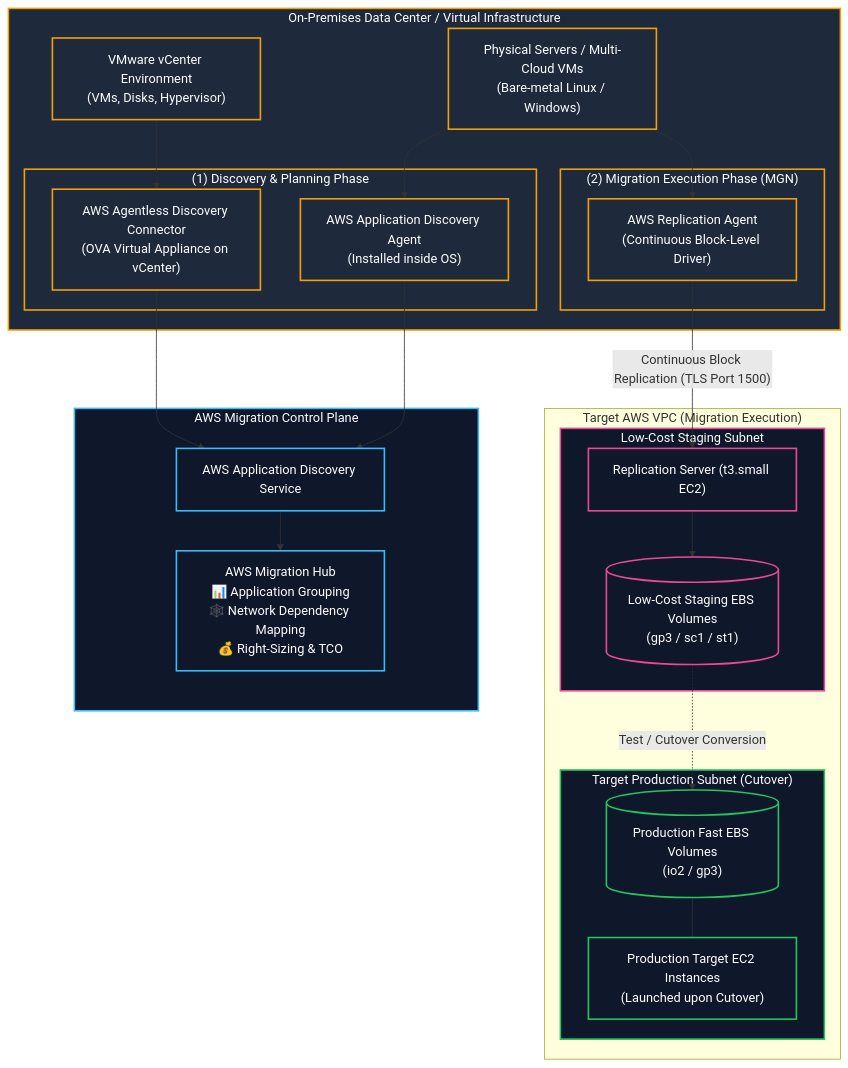
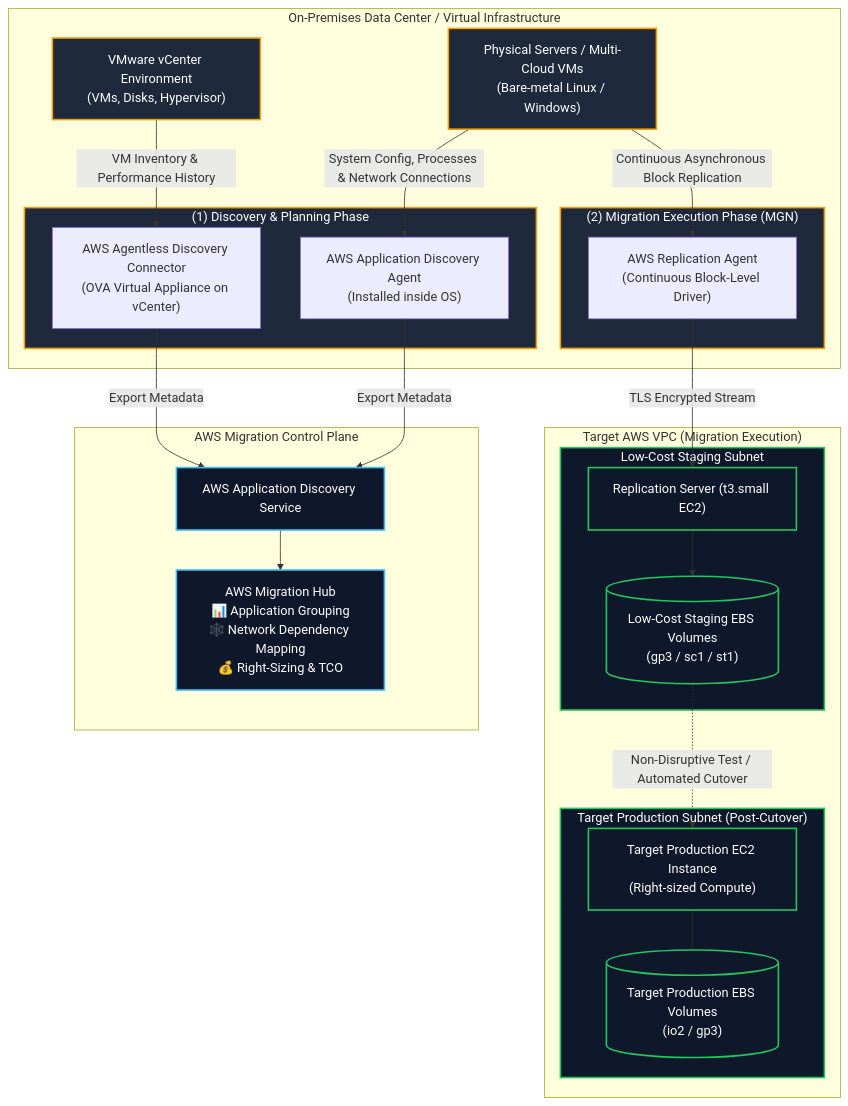
One commit to Wathon/aws-dea-c01-note changed the first of 4 diagrams in content/mm/02-services/migration/application-discovery-and-mgn.md. Above: the diagram before and after it, drawn with Mermaid. The commit also changed other lines of this file and 41 other files, not shown here.

````diff
--- a/content/mm/02-services/migration/application-discovery-and-mgn.md
+++ b/content/mm/02-services/migration/application-discovery-and-mgn.md
@@ -32,56 +38,54 @@
 ```mermaid
 graph TB
     subgraph OnPremises["On-Premises Data Center / Virtual Infrastructure"]
         VMwareEnv["VMware vCenter Environment<br/>(VMs, Disks, Hypervisor)"]
         PhysicalServers["Physical Servers / Multi-Cloud VMs<br/>(Bare-metal Linux / Windows)"]
         
         subgraph DiscoveryLayer["(1) Discovery & Planning Phase"]
             AgentlessConn["AWS Agentless Discovery Connector<br/>(OVA Virtual Appliance on vCenter)"]
             DiscoveryAgent["AWS Application Discovery Agent<br/>(Installed inside OS)"]
         end
 
         subgraph ReplicationLayer["(2) Migration Execution Phase (MGN)"]
             MGNAgent["AWS Replication Agent<br/>(Continuous Block-Level Driver)"]
         end
     end
 
     subgraph AWSCloudControl["AWS Migration Control Plane"]
         AppDiscService["AWS Application Discovery Service"]
         MigrationHub["AWS Migration Hub<br/>📊 Application Grouping<br/>🕸️ Network Dependency Mapping<br/>💰 Right-Sizing & TCO"]
     end
 
     subgraph AWSCloudVPC["Target AWS VPC (Migration Execution)"]
         subgraph StagingSubnet["Low-Cost Staging Subnet"]
             ReplicationServer["Replication Server (t3.small EC2)"]
             StagingEBS[("Low-Cost Staging EBS Volumes<br/>(gp3 / sc1 / st1)")]
         end
 
-        subgraph TargetProdSubnet["Target Production Subnet (Cutover)"]
-            TargetEC2["Production Target EC2 Instances<br/>(Launched upon Cutover)"]
-            TargetEBS[("Production Fast EBS Volumes<br/>(io2 / gp3)")]
+        subgraph ProdSubnet["Target Production Subnet (Post-Cutover)"]
+            TargetEC2["Target Production EC2 Instance<br/>(Right-sized Compute)"]
+            TargetEBS[("Target Production EBS Volumes<br/>(io2 / gp3)")]
         end
     end
 
-    VMwareEnv --> AgentlessConn
-    PhysicalServers --> DiscoveryAgent
-    PhysicalServers --> MGNAgent
+    VMwareEnv -->|"VM Inventory & Performance History"| AgentlessConn
+    PhysicalServers -->|"System Config, Processes & Network Connections"| DiscoveryAgent
 
-    AgentlessConn --> AppDiscService
-    DiscoveryAgent --> AppDiscService
+    AgentlessConn -->|"Export Metadata"| AppDiscService
+    DiscoveryAgent -->|"Export Metadata"| AppDiscService
     AppDiscService --> MigrationHub
 
-    MGNAgent -->|"Continuous Block Replication (TLS Port 1500)"| ReplicationServer
+    PhysicalServers -->|"Continuous Asynchronous Block Replication"| MGNAgent
+    MGNAgent -->|"TLS Encrypted Stream"| ReplicationServer
     ReplicationServer --> StagingEBS
-    StagingEBS -.->|"Test / Cutover Conversion"| TargetEBS
-    TargetEBS --- TargetEC2
+    StagingEBS -.->|"Non-Disruptive Test / Automated Cutover"| TargetEC2
+    TargetEC2 --- TargetEBS
 
     classDef onprem fill:#1e293b,stroke:#f59e0b,stroke-width:2px,color:#fff;
     classDef hub fill:#0f172a,stroke:#38bdf8,stroke-width:2px,color:#fff;
-    classDef stage fill:#0f172a,stroke:#ec4899,stroke-width:2px,color:#fff;
-    classDef prod fill:#0f172a,stroke:#22c55e,stroke-width:2px,color:#fff;
+    classDef mgn fill:#0f172a,stroke:#22c55e,stroke-width:2px,color:#fff;
 
-    class OnPremises,VMwareEnv,PhysicalServers,DiscoveryLayer,ReplicationLayer,AgentlessConn,DiscoveryAgent,MGNAgent onprem;
-    class AWSCloudControl,AppDiscService,MigrationHub hub;
-    class StagingSubnet,ReplicationServer,StagingEBS stage;
-    class TargetProdSubnet,TargetEC2,TargetEBS prod;
+    class VMwareEnv,PhysicalServers,DiscoveryLayer,ReplicationLayer onprem;
+    class AppDiscService,MigrationHub hub;
+    class StagingSubnet,ProdSubnet,ReplicationServer,StagingEBS,TargetEC2,TargetEBS mgn;
 ```
````
